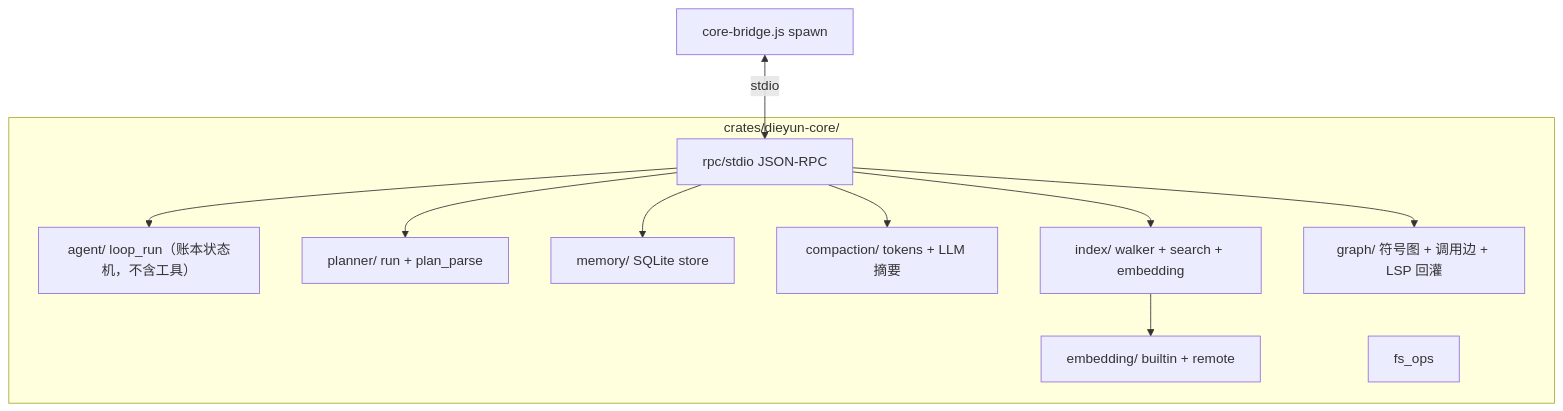
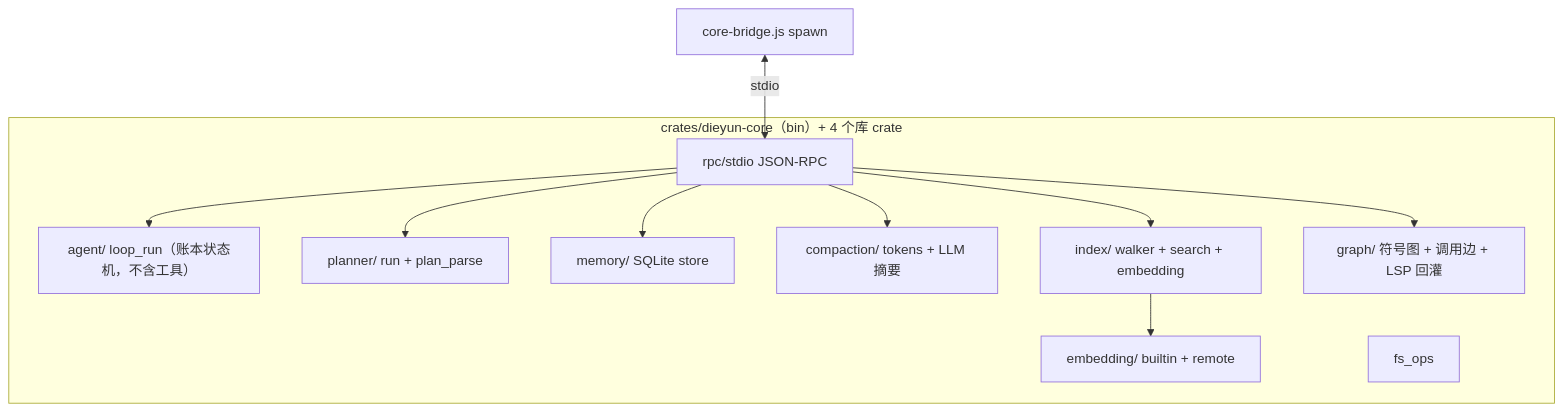
Before and after one commit to zuochamo/dieyunagent: the seventh of 15 diagrams in docs/ARCHITECTURE.md, drawn with Mermaid. The commit also changed other lines of this file and 13 other files, not shown here.

````diff
--- a/docs/ARCHITECTURE.md
+++ b/docs/ARCHITECTURE.md
@@ -345,23 +345,23 @@
 ```mermaid
 flowchart TB
-  subgraph Crate["crates/dieyun-core/"]
+  subgraph Crate["crates/dieyun-core（bin）+ 4 个库 crate"]
     RPCio["rpc/stdio JSON-RPC"]
     Agent["agent/ loop_run（账本状态机，不含工具）"]
     Planner["planner/ run + plan_parse"]
     Memory["memory/ SQLite store"]
     Compaction["compaction/ tokens + LLM 摘要"]
     Index["index/ walker + search + embedding"]
     Graph["graph/ 符号图 + 调用边 + LSP 回灌"]
     Embed["embedding/ builtin + remote"]
     FS["fs_ops"]
   end
 
   Bridge["core-bridge.js spawn"] <-->|stdio| RPCio
   RPCio --> Agent
   RPCio --> Planner
   RPCio --> Memory
   RPCio --> Compaction
   RPCio --> Index
   RPCio --> Graph
   Index --> Embed
 ```
````
